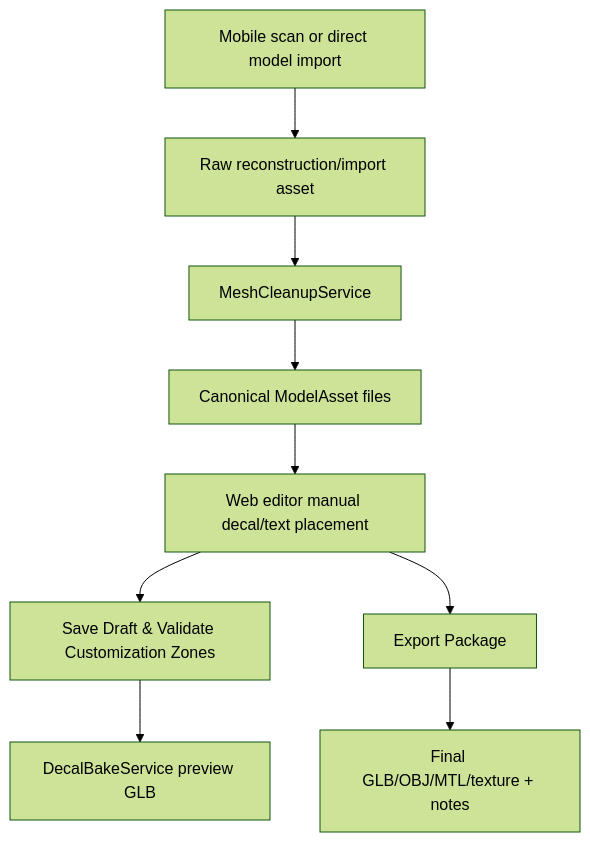
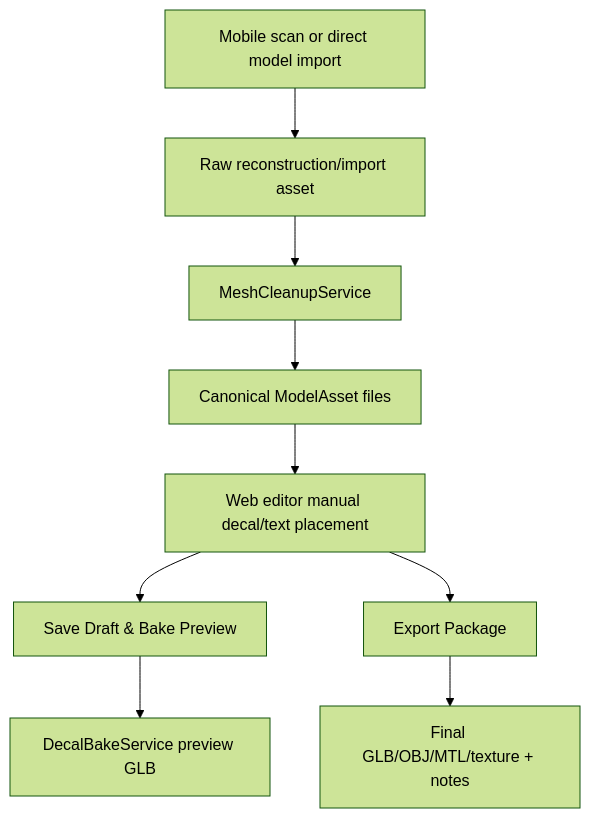
The diagram in CONTEXT.md (EXE-CAPSTONE-TEAM/ar-ai-exe), drawn with Mermaid (forest theme) before and after one commit. The commit also changed other lines of this file and 11 other files, not shown here.

````diff
--- a/CONTEXT.md
+++ b/CONTEXT.md
@@ -17,11 +17,11 @@
 ```mermaid
 flowchart TD
     A["Mobile scan or direct model import"] --> B["Raw reconstruction/import asset"]
     B --> C["MeshCleanupService"]
     C --> D["Canonical ModelAsset files"]
     D --> E["Web editor manual decal/text placement"]
-    E --> F["Save Draft & Validate Customization Zones"]
+    E --> F["Save Draft & Bake Preview"]
     F --> G["DecalBakeService preview GLB"]
     E --> H["Export Package"]
     H --> I["Final GLB/OBJ/MTL/texture + notes"]
 ```
````
